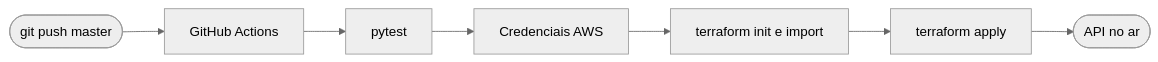
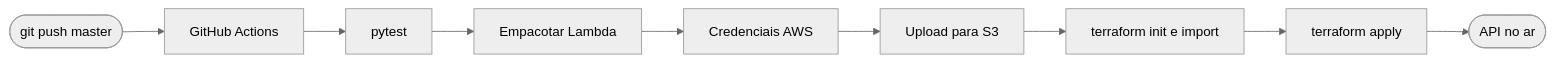
Before and after one commit to sophie-pyxis/mlops_engineer_test_01: the third of 3 diagrams in README.md, drawn with Mermaid (neutral theme). The commit also changed other lines of this file and 2 other files, not shown here.

Commit message:
fix(infra): migra deploy Lambda para S3 para contornar limite de 70MB no upload direto

````diff
--- a/README.md
+++ b/README.md
@@ -178,17 +184,21 @@
 ```mermaid
 flowchart LR
     Push([git push master])
     GHA[GitHub Actions]
     Test[pytest]
+    Pkg[Empacotar Lambda]
+    S3[Upload para S3]
     Creds[Credenciais AWS]
-    TFInit[terraform init e import]
-    TFApply[terraform apply]
+    TF[terraform init e import]
+    Apply[terraform apply]
     Deploy([API no ar])
 
     Push --> GHA
     GHA --> Test
-    Test --> Creds
-    Creds --> TFInit
-    TFInit --> TFApply
-    TFApply --> Deploy
+    Test --> Pkg
+    Pkg --> Creds
+    Creds --> S3
+    S3 --> TF
+    TF --> Apply
+    Apply --> Deploy
 ```
````
